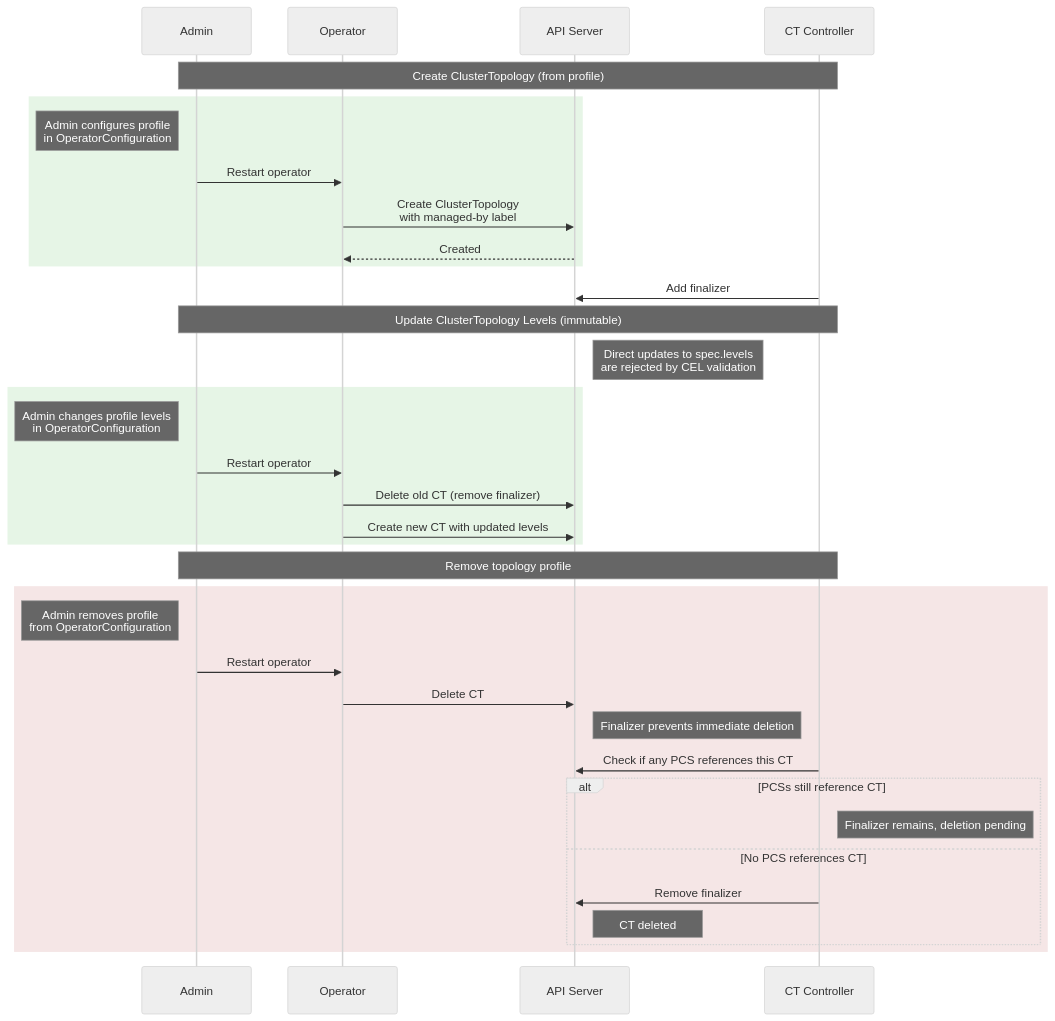
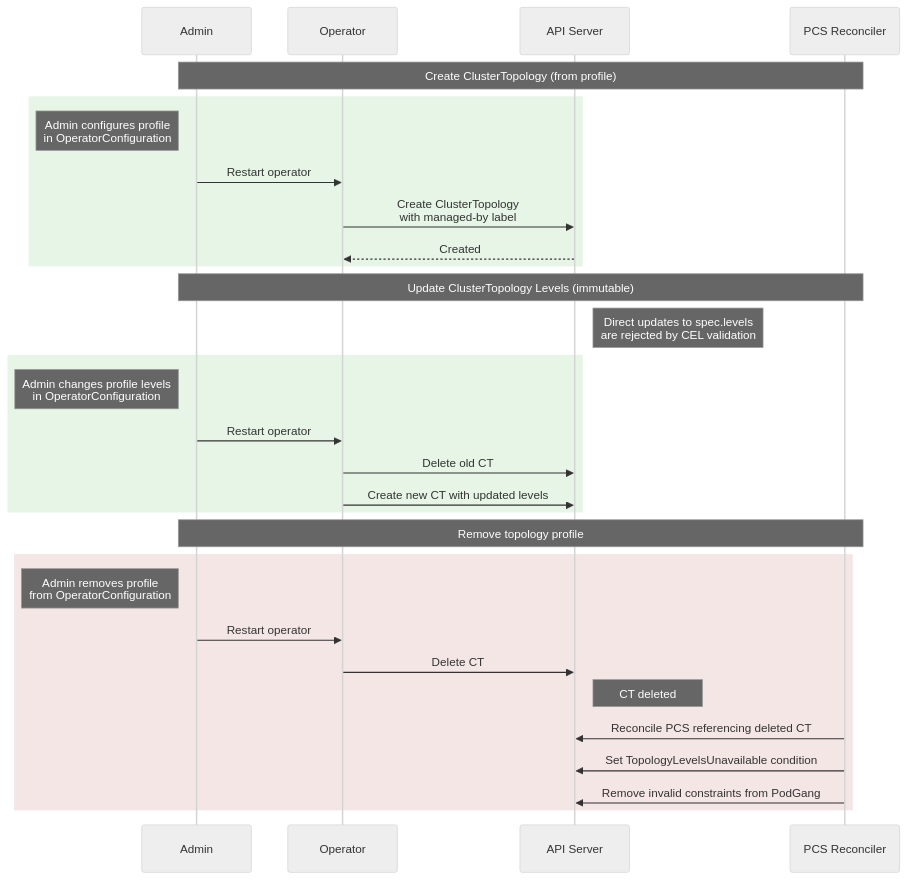
The diagram in docs/proposals/244-topology-aware-scheduling/README.md (ai-dynamo/grove), drawn with Mermaid (neutral theme) before and after one commit. The commit also changed other lines of this file, not shown here.

First line of the commit message:
replace finalizers with TopologyLevelsUnavailable PCS status condition

````diff
--- a/docs/proposals/244-topology-aware-scheduling/README.md
+++ b/docs/proposals/244-topology-aware-scheduling/README.md
@@ -564,44 +564,38 @@
 ```mermaid
 sequenceDiagram
     participant Admin
     participant Op as Operator
     participant API as API Server
-    participant CTC as CT Controller
+    participant PCSRec as PCS Reconciler
 
-    Note over Admin, CTC: Create ClusterTopology (from profile)
+    Note over Admin, PCSRec: Create ClusterTopology (from profile)
 
     rect rgb(230, 245, 230)
         Note left of Admin: Admin configures profile<br/>in OperatorConfiguration
         Admin->>Op: Restart operator
         Op->>API: Create ClusterTopology<br/>with managed-by label
         API-->>Op: Created
     end
 
-    CTC->>API: Add finalizer
-
-    Note over Admin, CTC: Update ClusterTopology Levels (immutable)
+    Note over Admin, PCSRec: Update ClusterTopology Levels (immutable)
 
     Note right of API: Direct updates to spec.levels<br/>are rejected by CEL validation
     rect rgb(230, 245, 230)
         Note left of Admin: Admin changes profile levels<br/>in OperatorConfiguration
         Admin->>Op: Restart operator
-        Op->>API: Delete old CT (remove finalizer)
+        Op->>API: Delete old CT
         Op->>API: Create new CT with updated levels
     end
 
-    Note over Admin, CTC: Remove topology profile
+    Note over Admin, PCSRec: Remove topology profile
 
     rect rgb(245, 230, 230)
         Note left of Admin: Admin removes profile<br/>from OperatorConfiguration
         Admin->>Op: Restart operator
         Op->>API: Delete CT
-        Note right of API: Finalizer prevents immediate deletion
-        CTC->>API: Check if any PCS references this CT
-        alt PCSs still reference CT
-            Note right of CTC: Finalizer remains, deletion pending
-        else No PCS references CT
-            CTC->>API: Remove finalizer
-            Note right of API: CT deleted
-        end
+        Note right of API: CT deleted
+        PCSRec->>API: Reconcile PCS referencing deleted CT
+        PCSRec->>API: Set TopologyLevelsUnavailable condition
+        PCSRec->>API: Remove invalid constraints from PodGang
     end
 ```
````
